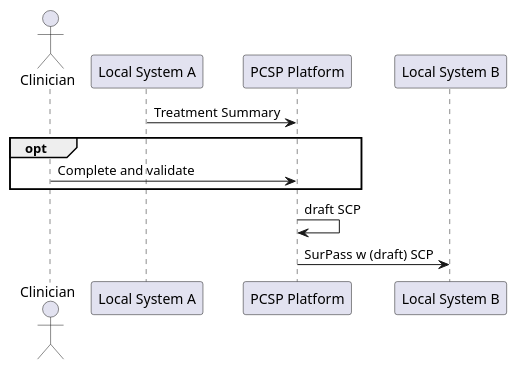
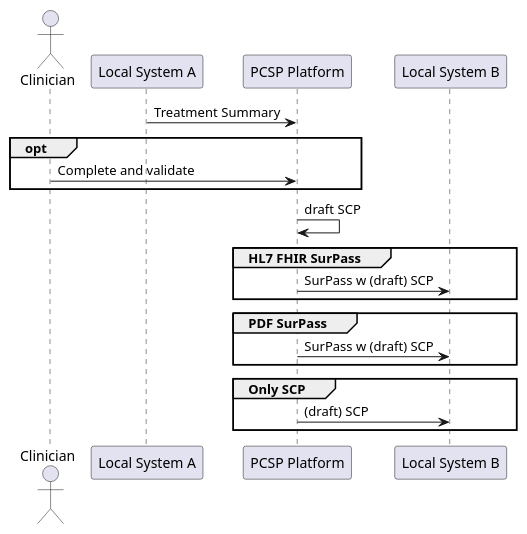
The diagram in input/images-source/sequence-1.plantuml (hl7-eu/pcsp), drawn with PlantUML before and after one commit. The commit also changed 3 other files, not shown here.

Commit message:
updated the sequence page

```diff
--- a/input/images-source/sequence-1.plantuml
+++ b/input/images-source/sequence-1.plantuml
@@ -1,9 +1,17 @@
 @startuml
 actor Clinician
 "Local System A" -> "PCSP Platform" : Treatment Summary
 opt
    "Clinician" -> "PCSP Platform" : Complete and validate
 end
 "PCSP Platform" -> "PCSP Platform" : draft SCP
+group HL7 FHIR SurPass
 "PCSP Platform" -> "Local System B" : SurPass w (draft) SCP
+end
+group PDF SurPass
+"PCSP Platform" -> "Local System B" : SurPass w (draft) SCP
+end
+group Only SCP
+"PCSP Platform" -> "Local System B" : (draft) SCP
+end
 @enduml
```
